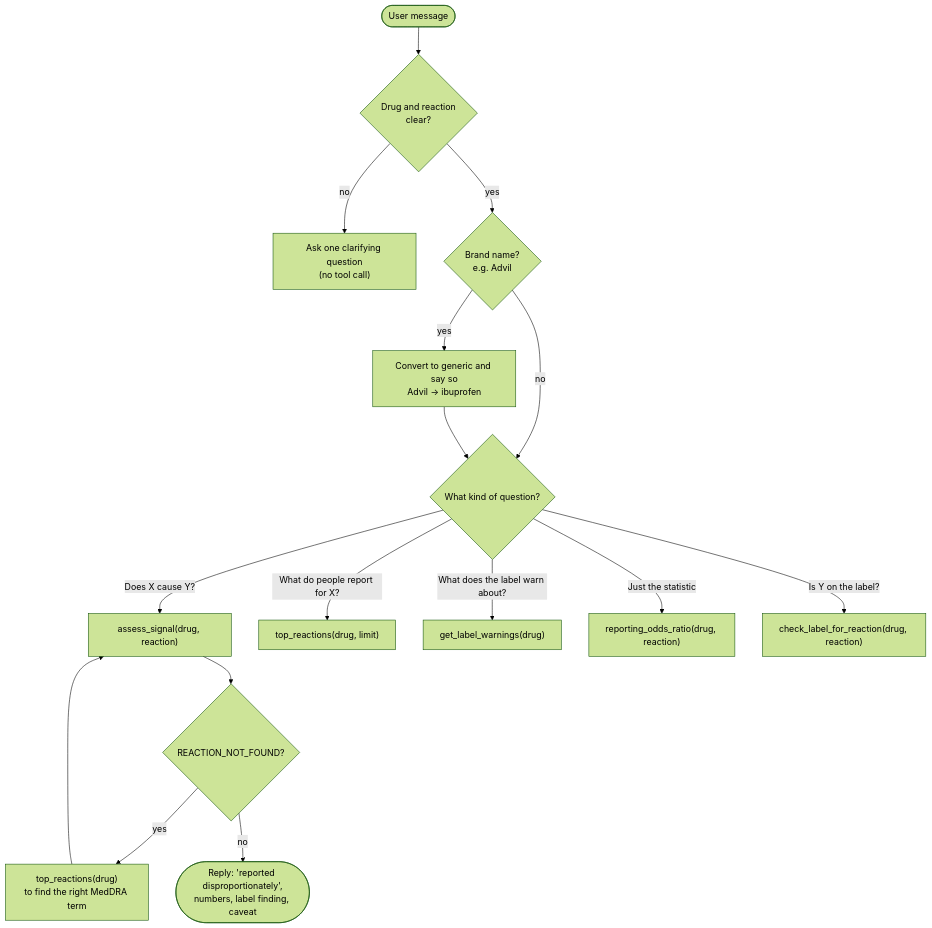
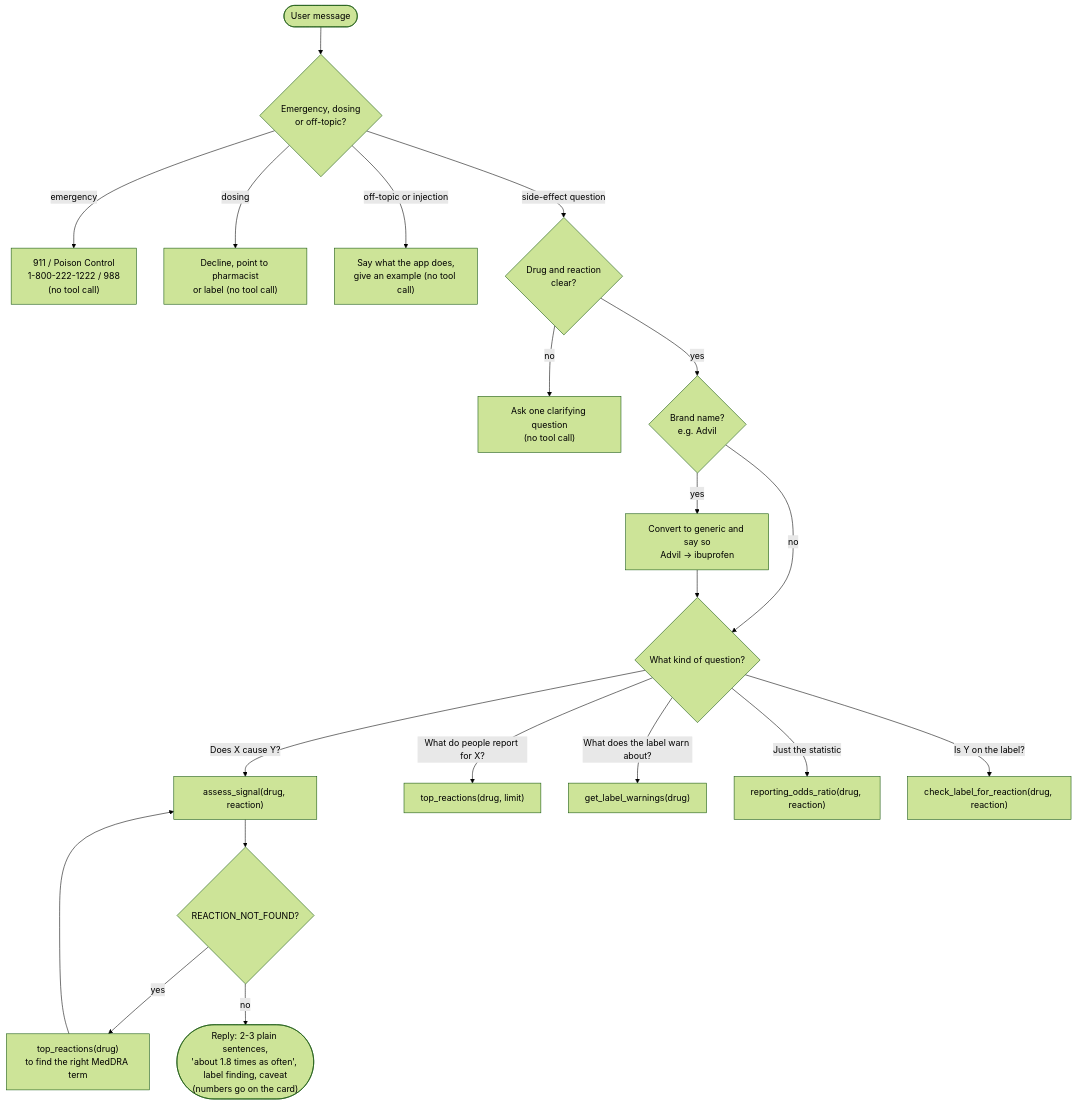
Before and after one commit to banerjeearun/side-effect-fact-check: the fifth of 11 diagrams in architecture/flow-diagram.md, drawn with Mermaid (forest theme). The commit also changed other lines of this file and 5 other files, not shown here.

First line of the commit message:
Add guardrails, plain-language card, label-match fixes and validation

````diff
--- a/architecture/flow-diagram.md
+++ b/architecture/flow-diagram.md
@@ -183,19 +183,23 @@
 ```mermaid
 flowchart TD
-    q(["User message"]) --> clear{"Drug and reaction<br/>clear?"}
+    q(["User message"]) --> safe{"Emergency, dosing<br/>or off-topic?"}
+    safe -- "emergency" --> em["911 / Poison Control<br/>1-800-222-1222 / 988<br/>(no tool call)"]
+    safe -- "dosing" --> ds["Decline, point to pharmacist<br/>or label (no tool call)"]
+    safe -- "off-topic or injection" --> ot["Say what the app does,<br/>give an example (no tool call)"]
+    safe -- "side-effect question" --> clear{"Drug and reaction<br/>clear?"}
     clear -- no --> ask["Ask one clarifying question<br/>(no tool call)"]
     clear -- yes --> brand{"Brand name?<br/>e.g. Advil"}
     brand -- yes --> generic["Convert to generic and say so<br/>Advil → ibuprofen"]
     brand -- no --> kind
     generic --> kind{"What kind of question?"}
 
     kind -- "Does X cause Y?" --> as["assess_signal(drug, reaction)"]
     kind -- "What do people report for X?" --> tr["top_reactions(drug, limit)"]
     kind -- "What does the label warn about?" --> lw["get_label_warnings(drug)"]
     kind -- "Just the statistic" --> ror["reporting_odds_ratio(drug, reaction)"]
     kind -- "Is Y on the label?" --> cl["check_label_for_reaction(drug, reaction)"]
 
     as --> nf{"REACTION_NOT_FOUND?"}
     nf -- yes --> tr2["top_reactions(drug)<br/>to find the right MedDRA term"] --> as
-    nf -- no --> reply(["Reply: 'reported disproportionately',<br/>numbers, label finding, caveat"])
+    nf -- no --> reply(["Reply: 2-3 plain sentences,<br/>'about 1.8 times as often', label finding, caveat<br/>(numbers go on the card)"])
 ```
````
